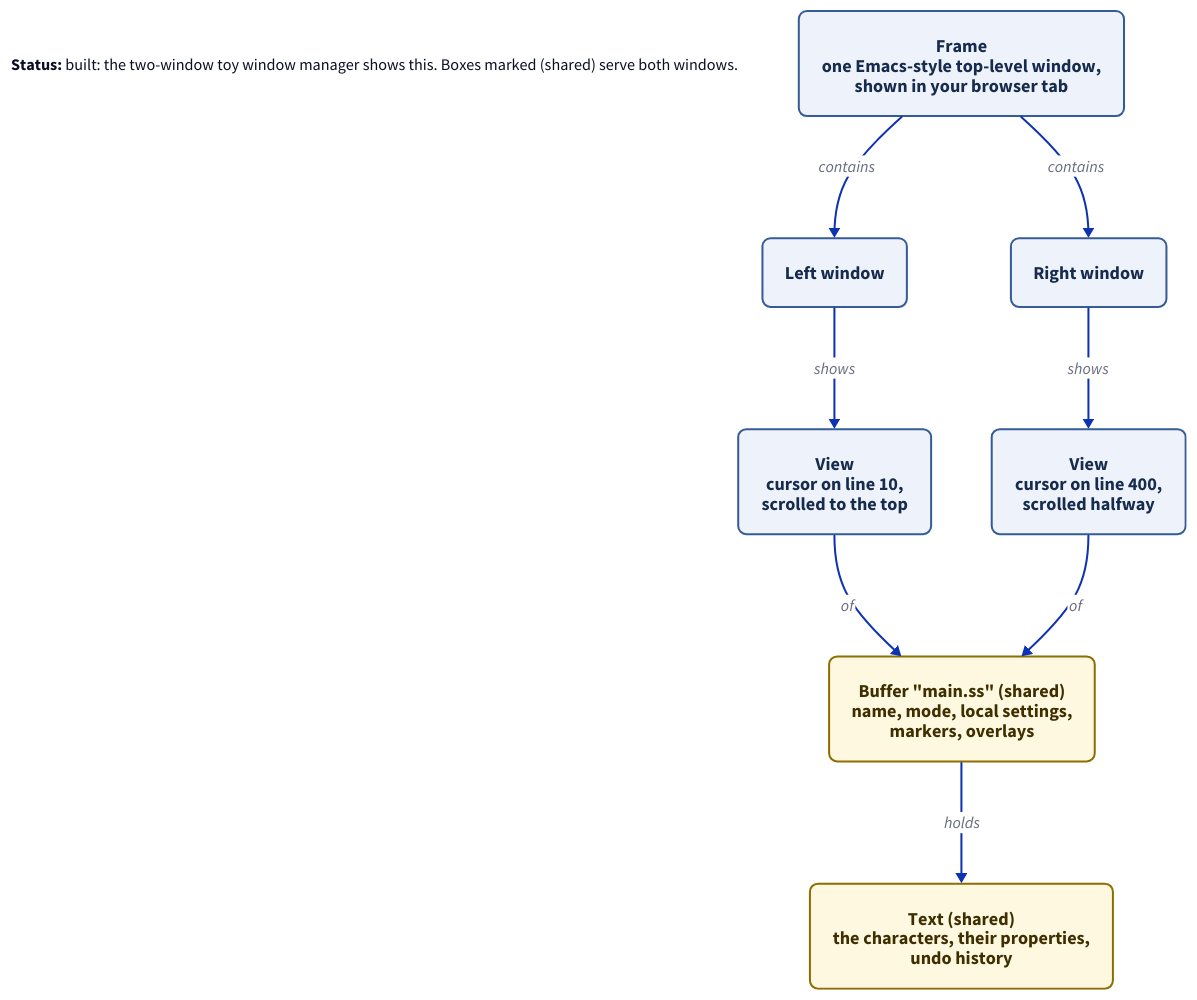
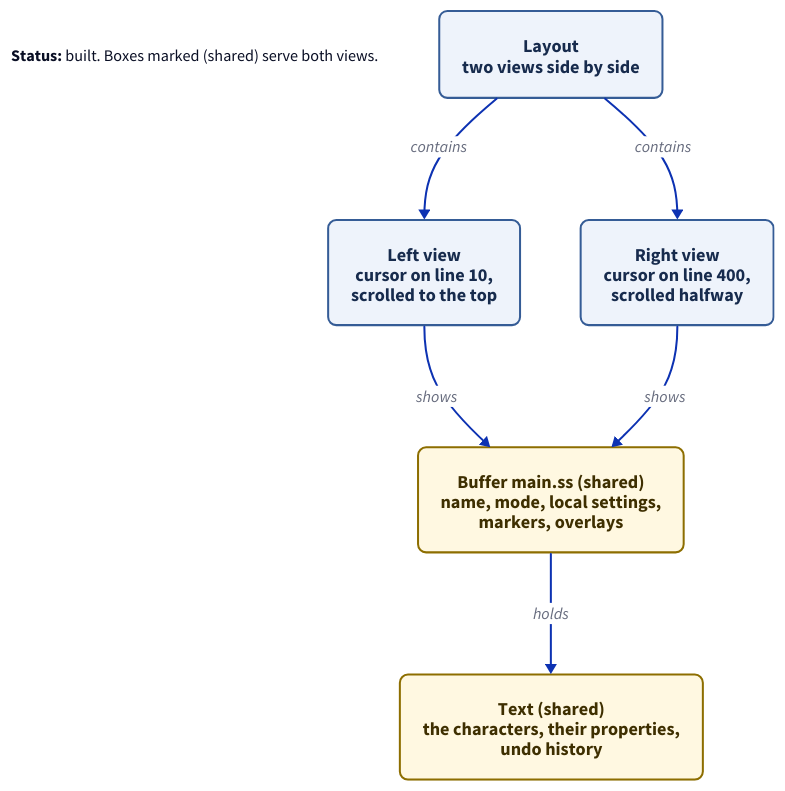
Before and after one commit to jaybonthius/tuna: the diagram in docs/diagrams/who-owns-what.d2, drawn with D2. The commit also changed 13 other files, not shown here.

Commit message:
Record the buffers, views and layout milestone

```diff
--- a/docs/diagrams/who-owns-what.d2
+++ b/docs/diagrams/who-owns-what.d2
@@ -1,53 +1,47 @@
-# Two windows showing the same file: what is shared and what is separate?
+# Two views showing the same file: what is shared and what is separate?
 vars: {
   d2-config: {
     layout-engine: dagre
     theme-id: 0
   }
 }
 direction: down
 
 classes: {
   part: {
     style: {
       fill: "#eef3fb"
       stroke: "#355c96"
       font-color: "#172b4d"
       border-radius: 8
       font-size: 18
     }
   }
   shared: {
     style: {
       fill: "#fff8e1"
       stroke: "#8d6e00"
       font-color: "#3e2f00"
       border-radius: 8
       font-size: 18
     }
   }
 }
 
 legend: |md
-  **Status:** built: the two-window toy window manager shows this.
-  Boxes marked (shared) serve both windows.
+  **Status:** built. Boxes marked (shared) serve both views.
 |
 
-frame: Frame\none Emacs-style top-level window,\nshown in your browser tab {class: part}
+layout: "Layout\ntwo views side by side" {class: part}
 
-lwin: Left window {class: part}
-rwin: Right window {class: part}
+lview: "Left view\ncursor on line 10,\nscrolled to the top" {class: part}
+rview: "Right view\ncursor on line 400,\nscrolled halfway" {class: part}
 
-lview: View\ncursor on line 10,\nscrolled to the top {class: part}
-rview: View\ncursor on line 400,\nscrolled halfway {class: part}
+buffer: "Buffer main.ss (shared)\nname, mode, local settings,\nmarkers, overlays" {class: shared}
+text: "Text (shared)\nthe characters, their properties,\nundo history" {class: shared}
 
-buffer: Buffer "main.ss" (shared)\nname, mode, local settings,\nmarkers, overlays {class: shared}
-text: Text (shared)\nthe characters, their properties,\nundo history {class: shared}
-
-frame -> lwin: contains
-frame -> rwin: contains
-lwin -> lview: shows
-rwin -> rview: shows
-lview -> buffer: of
-rview -> buffer: of
+layout -> lview: contains
+layout -> rview: contains
+lview -> buffer: shows
+rview -> buffer: shows
 buffer -> text: holds
```
